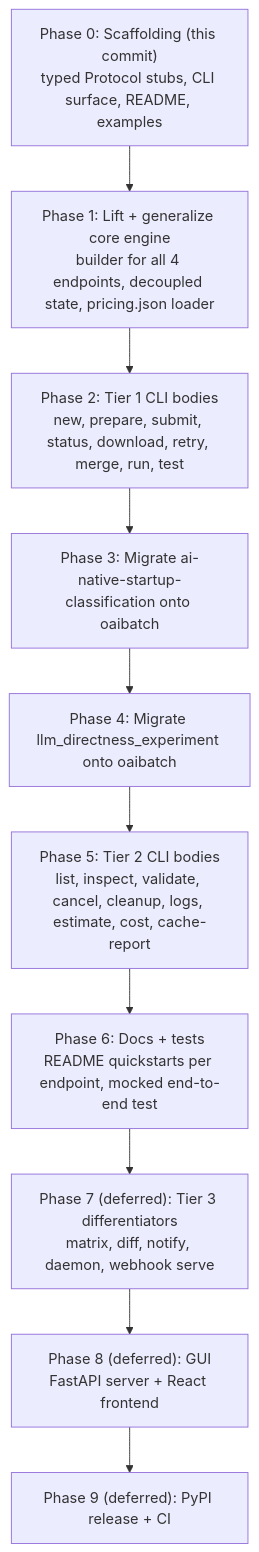
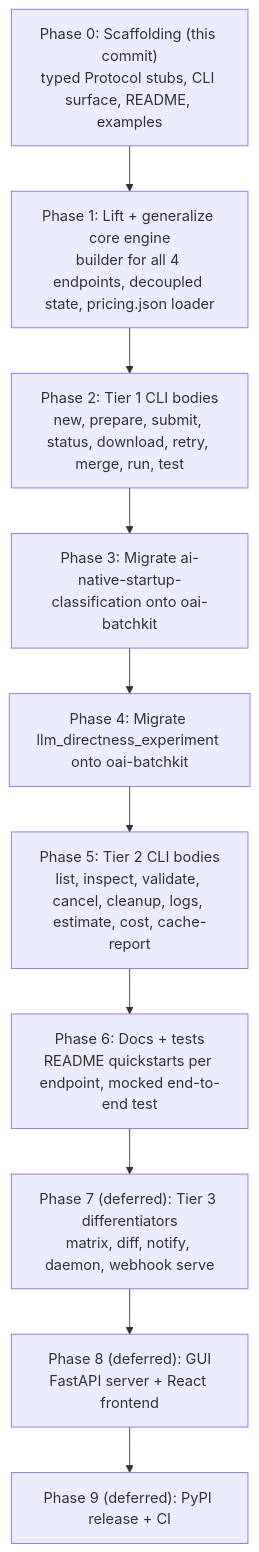
Before and after one commit to k-hanafi/oai-batchkit: the fourth of 4 diagrams in README.md, drawn with Mermaid. The commit also changed other lines of this file and 32 other files, not shown here.

First line of the commit message:
Rename package: oaibatch -> oai-batchkit

````diff
--- a/README.md
+++ b/README.md
@@ -211,14 +211,14 @@
 ```mermaid
 flowchart TB
     p0["Phase 0: Scaffolding (this commit)<br/>typed Protocol stubs, CLI surface, README, examples"]
     p1["Phase 1: Lift + generalize core engine<br/>builder for all 4 endpoints, decoupled state, pricing.json loader"]
     p2["Phase 2: Tier 1 CLI bodies<br/>new, prepare, submit, status, download, retry, merge, run, test"]
-    p3["Phase 3: Migrate ai-native-startup-classification onto oaibatch"]
-    p4["Phase 4: Migrate llm_directness_experiment onto oaibatch"]
+    p3["Phase 3: Migrate ai-native-startup-classification onto oai-batchkit"]
+    p4["Phase 4: Migrate llm_directness_experiment onto oai-batchkit"]
     p5["Phase 5: Tier 2 CLI bodies<br/>list, inspect, validate, cancel, cleanup, logs, estimate, cost, cache-report"]
     p6["Phase 6: Docs + tests<br/>README quickstarts per endpoint, mocked end-to-end test"]
     p7["Phase 7 (deferred): Tier 3 differentiators<br/>matrix, diff, notify, daemon, webhook serve"]
     p8["Phase 8 (deferred): GUI<br/>FastAPI server + React frontend"]
     p9["Phase 9 (deferred): PyPI release + CI"]
     p0 --> p1 --> p2 --> p3 --> p4 --> p5 --> p6 --> p7 --> p8 --> p9
 ```
````
